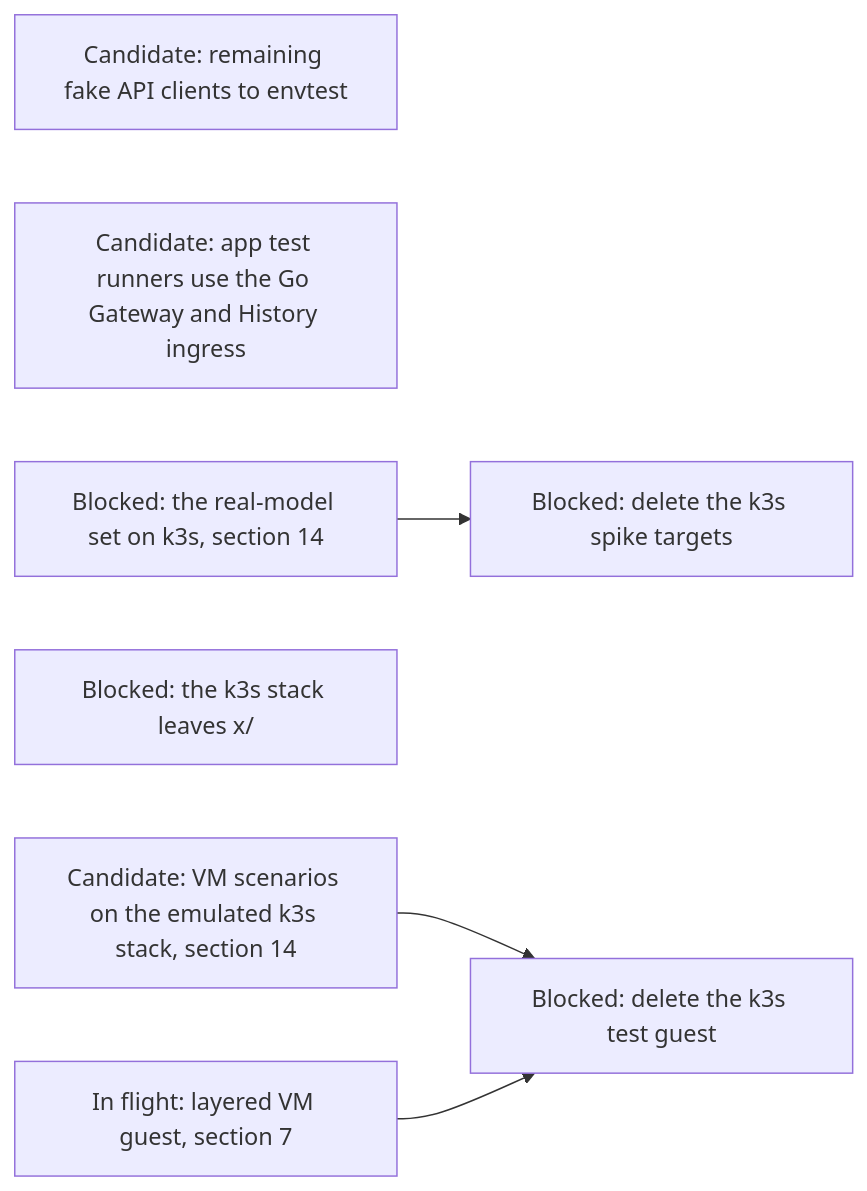
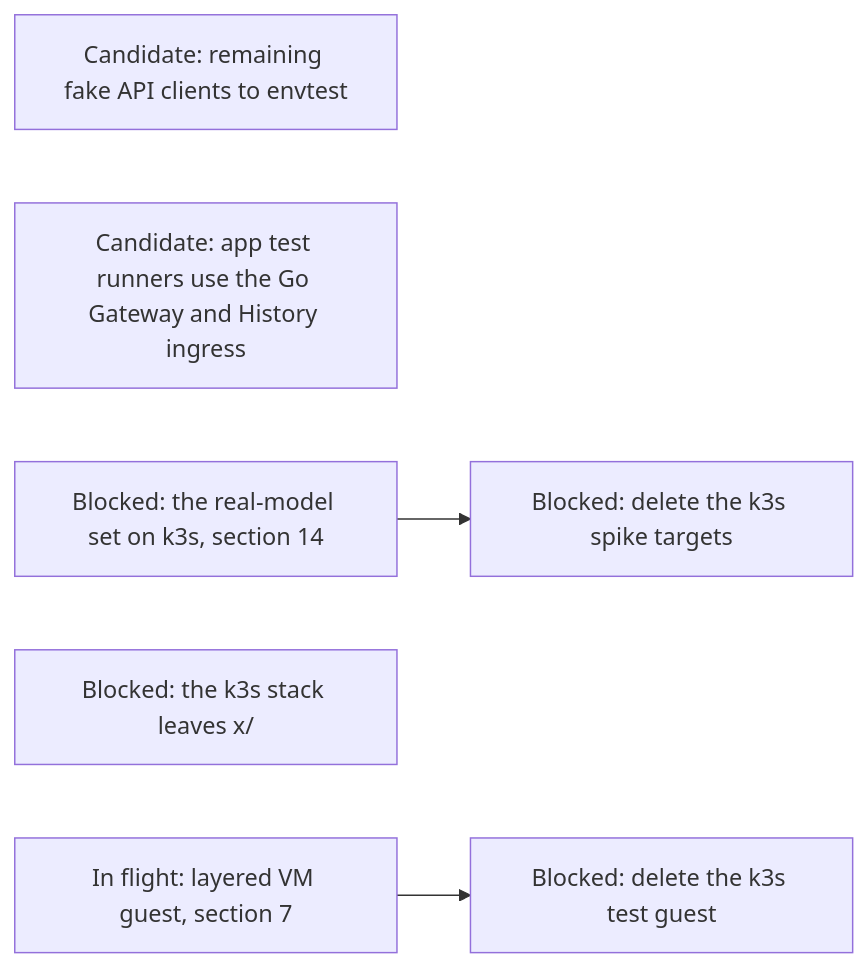
Before and after one commit to agentydragon-agent/ducktape: diagram 19 of 19 in agentplane/plans/task_dag.md, drawn with Mermaid. The commit also changed other lines of this file and 20 other files, not shown here.

First line of the commit message:
agentplane acceptance: run the VM scenarios on the emulated k3s stack

````diff
--- a/agentplane/plans/task_dag.md
+++ b/agentplane/plans/task_dag.md
@@ -2019,9 +2000,8 @@
 ```mermaid
 flowchart LR
     FAKE_CLIENTS_TO_ENVTEST[Candidate: remaining fake API clients to envtest]
     APP_TEST_RUNNER_FIXTURES_GO[Candidate: app test runners use the Go Gateway and History ingress]
     K3S_MODEL_SCENARIOS[Blocked: the real-model set on k3s, section 14] --> K3S_SPIKE_TARGETS_RETIRE[Blocked: delete the k3s spike targets]
     K3S_ENV_OUT_OF_X[Blocked: the k3s stack leaves x/]
-    K3S_VM_ACCEPTANCE[Candidate: VM scenarios on the emulated k3s stack, section 14] --> K3S_TEST_GUEST_RETIRE[Blocked: delete the k3s test guest]
-    RUNNER_LAYERING_VM[In flight: layered VM guest, section 7] --> K3S_TEST_GUEST_RETIRE
+    RUNNER_LAYERING_VM[In flight: layered VM guest, section 7] --> K3S_TEST_GUEST_RETIRE[Blocked: delete the k3s test guest]
 ```
````
